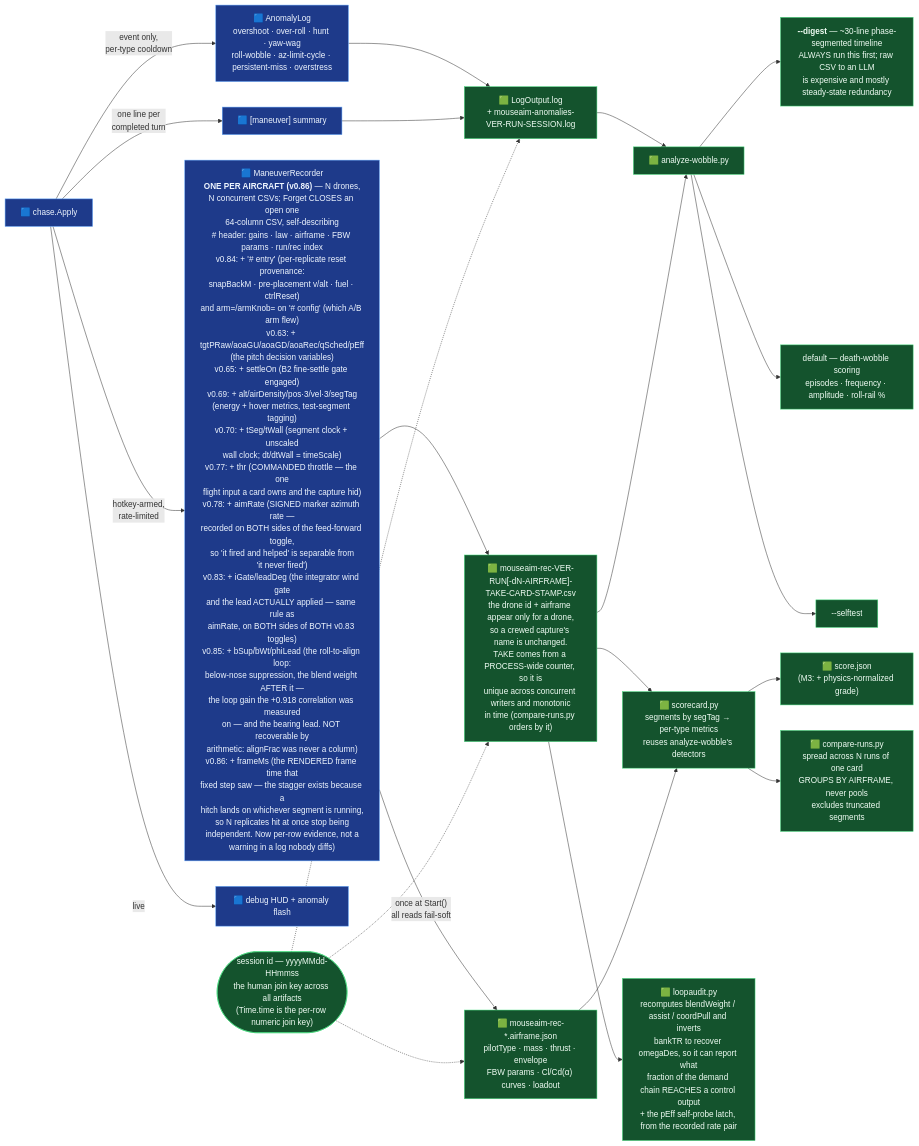
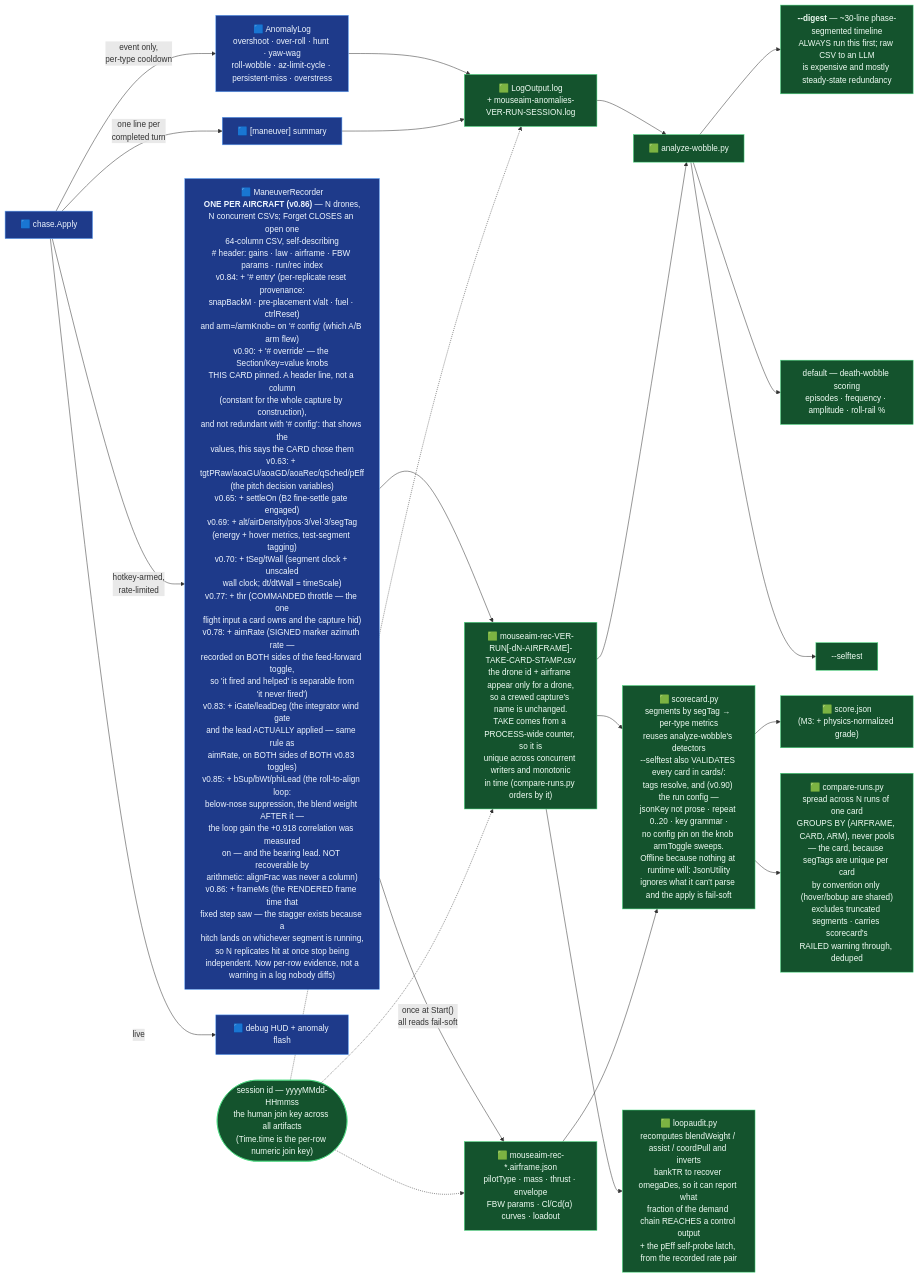
One commit to cosistra/wt-mouse-aim changed the sixth of 8 diagrams in ARCHITECTURE.md. Above: the diagram before and after it, drawn with Mermaid. The commit also changed other lines of this file and 27 other files, not shown here.

First line of the commit message:
v0.90.0 — the harness runs itself: self-describing cards, auto-despawn, run board

````diff
--- a/ARCHITECTURE.md
+++ b/ARCHITECTURE.md
@@ -450,35 +450,35 @@
 ```mermaid
 flowchart LR
     chase["🟦 chase.Apply"]
 
     chase -->|"event only,<br/>per-type cooldown"| an["🟦 AnomalyLog<br/>overshoot · over-roll · hunt · yaw-wag<br/>roll-wobble · az-limit-cycle · persistent-miss · overstress"]
     chase -->|"one line per<br/>completed turn"| mv["🟦 [maneuver] summary"]
-    chase -->|"hotkey-armed,<br/>rate-limited"| rec["🟦 ManeuverRecorder<br/><b>ONE PER AIRCRAFT (v0.86)</b> — N drones,<br/>N concurrent CSVs; Forget CLOSES an open one<br/>64-column CSV, self-describing<br/># header: gains · law · airframe · FBW params · run/rec index<br/>v0.84: + '# entry' (per-replicate reset provenance:<br/>snapBackM · pre-placement v/alt · fuel · ctrlReset)<br/>and arm=/armKnob= on '# config' (which A/B arm flew)<br/>v0.63: + tgtPRaw/aoaGU/aoaGD/aoaRec/qSched/pEff<br/>(the pitch decision variables)<br/>v0.65: + settleOn (B2 fine-settle gate engaged)<br/>v0.69: + alt/airDensity/pos·3/vel·3/segTag<br/>(energy + hover metrics, test-segment tagging)<br/>v0.70: + tSeg/tWall (segment clock + unscaled<br/>wall clock; dt/dtWall = timeScale)<br/>v0.77: + thr (COMMANDED throttle — the one<br/>flight input a card owns and the capture hid)<br/>v0.78: + aimRate (SIGNED marker azimuth rate —<br/>recorded on BOTH sides of the feed-forward toggle,<br/>so 'it fired and helped' is separable from<br/>'it never fired')<br/>v0.83: + iGate/leadDeg (the integrator wind gate<br/>and the lead ACTUALLY applied — same rule as<br/>aimRate, on BOTH sides of BOTH v0.83 toggles)<br/>v0.85: + bSup/bWt/phiLead (the roll-to-align loop:<br/>below-nose suppression, the blend weight AFTER it —<br/>the loop gain the +0.918 correlation was measured<br/>on — and the bearing lead. NOT recoverable by<br/>arithmetic: alignFrac was never a column)<br/>v0.86: + frameMs (the RENDERED frame time that<br/>fixed step saw — the stagger exists because a<br/>hitch lands on whichever segment is running,<br/>so N replicates hit at once stop being<br/>independent. Now per-row evidence, not a<br/>warning in a log nobody diffs)"]
+    chase -->|"hotkey-armed,<br/>rate-limited"| rec["🟦 ManeuverRecorder<br/><b>ONE PER AIRCRAFT (v0.86)</b> — N drones,<br/>N concurrent CSVs; Forget CLOSES an open one<br/>64-column CSV, self-describing<br/># header: gains · law · airframe · FBW params · run/rec index<br/>v0.84: + '# entry' (per-replicate reset provenance:<br/>snapBackM · pre-placement v/alt · fuel · ctrlReset)<br/>and arm=/armKnob= on '# config' (which A/B arm flew)<br/>v0.90: + '# override' — the Section/Key=value knobs<br/>THIS CARD pinned. A header line, not a column<br/>(constant for the whole capture by construction),<br/>and not redundant with '# config': that shows the<br/>values, this says the CARD chose them<br/>v0.63: + tgtPRaw/aoaGU/aoaGD/aoaRec/qSched/pEff<br/>(the pitch decision variables)<br/>v0.65: + settleOn (B2 fine-settle gate engaged)<br/>v0.69: + alt/airDensity/pos·3/vel·3/segTag<br/>(energy + hover metrics, test-segment tagging)<br/>v0.70: + tSeg/tWall (segment clock + unscaled<br/>wall clock; dt/dtWall = timeScale)<br/>v0.77: + thr (COMMANDED throttle — the one<br/>flight input a card owns and the capture hid)<br/>v0.78: + aimRate (SIGNED marker azimuth rate —<br/>recorded on BOTH sides of the feed-forward toggle,<br/>so 'it fired and helped' is separable from<br/>'it never fired')<br/>v0.83: + iGate/leadDeg (the integrator wind gate<br/>and the lead ACTUALLY applied — same rule as<br/>aimRate, on BOTH sides of BOTH v0.83 toggles)<br/>v0.85: + bSup/bWt/phiLead (the roll-to-align loop:<br/>below-nose suppression, the blend weight AFTER it —<br/>the loop gain the +0.918 correlation was measured<br/>on — and the bearing lead. NOT recoverable by<br/>arithmetic: alignFrac was never a column)<br/>v0.86: + frameMs (the RENDERED frame time that<br/>fixed step saw — the stagger exists because a<br/>hitch lands on whichever segment is running,<br/>so N replicates hit at once stop being<br/>independent. Now per-row evidence, not a<br/>warning in a log nobody diffs)"]
     chase -->|"live"| hud["🟦 debug HUD + anomaly flash"]
 
     an --> logf["🟩 LogOutput.log<br/>+ mouseaim-anomalies-VER-RUN-SESSION.log"]
     mv --> logf
     rec --> csvf["🟩 mouseaim-rec-VER-RUN[-dN-AIRFRAME]-TAKE-CARD-STAMP.csv<br/>the drone id + airframe appear only for a drone,<br/>so a crewed capture's name is unchanged.<br/>TAKE comes from a PROCESS-wide counter, so it is<br/>unique across concurrent writers and monotonic<br/>in time (compare-runs.py orders by it)"]
     rec -->|"once at Start()<br/>all reads fail-soft"| sidef["🟩 mouseaim-rec-*.airframe.json<br/>pilotType · mass · thrust · envelope<br/>FBW params · Cl/Cd(α) curves · loadout"]
 
     logf --> tool["🟩 analyze-wobble.py"]
     csvf --> tool
-    csvf --> sc["🟩 scorecard.py<br/>segments by segTag → per-type metrics<br/>reuses analyze-wobble's detectors"]
+    csvf --> sc["🟩 scorecard.py<br/>segments by segTag → per-type metrics<br/>reuses analyze-wobble's detectors<br/>--selftest also VALIDATES every card in cards/:<br/>tags resolve, and (v0.90) the run config —<br/>jsonKey not prose · repeat 0..20 · key grammar ·<br/>no config pin on the knob armToggle sweeps.<br/>Offline because nothing at runtime will: JsonUtility<br/>ignores what it can't parse and the apply is fail-soft"]
     sidef --> sc
     sc --> scj["🟩 score.json<br/>(M3: + physics-normalized grade)"]
-    sc --> cmp["🟩 compare-runs.py<br/>spread across N runs of one card<br/>GROUPS BY AIRFRAME, never pools<br/>excludes truncated segments"]
+    sc --> cmp["🟩 compare-runs.py<br/>spread across N runs of one card<br/>GROUPS BY (AIRFRAME, CARD, ARM), never pools<br/>— the card, because segTags are unique per card<br/>by convention only (hover/bobup are shared)<br/>excludes truncated segments · carries scorecard's<br/>RAILED warning through, deduped"]
     csvf --> la["🟩 loopaudit.py<br/>recomputes blendWeight / assist / coordPull and inverts<br/>bankTR to recover omegaDes, so it can report what<br/>fraction of the demand chain REACHES a control output<br/>+ the pEff self-probe latch, from the recorded rate pair"]
     tool --> d1["<b>--digest</b> — ~30-line phase-segmented timeline<br/>ALWAYS run this first; raw CSV to an LLM<br/>is expensive and mostly steady-state redundancy"]
     tool --> d2["default — death-wobble scoring<br/>episodes · frequency · amplitude · roll-rail %"]
     tool --> d3["--selftest"]
 
     sess(["session id — yyyyMMdd-HHmmss<br/>the human join key across all artifacts<br/>(Time.time is the per-row numeric join key)"])
     sess -.-> logf
     sess -.-> csvf
     sess -.-> sidef
 
     classDef mod fill:#1e3a8a,stroke:#60a5fa,color:#eff6ff
     classDef art fill:#14532d,stroke:#4ade80,color:#f0fdf4
     class chase,an,mv,rec,hud mod
     class logf,csvf,sidef,tool,sc,scj,cmp,la,d1,d2,d3,sess art
 ```
````
